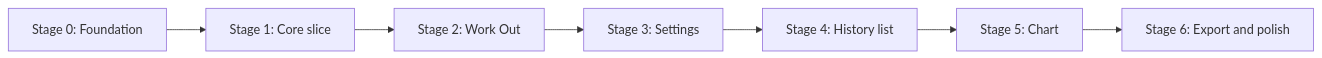
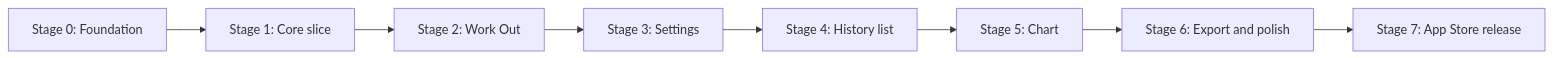
Before and after one commit to harsh-language/ultraload-expo: the fifth of 5 diagrams in docs/application-blueprint/blueprint.md, drawn with Mermaid. The commit also changed other lines of this file and 43 other files, not shown here.

````diff
--- a/docs/application-blueprint/blueprint.md
+++ b/docs/application-blueprint/blueprint.md
@@ -508,9 +510,10 @@
 ```mermaid
 flowchart LR
   S0[Stage 0: Foundation] --> S1[Stage 1: Core slice]
   S1 --> S2[Stage 2: Work Out]
   S2 --> S3[Stage 3: Settings]
   S3 --> S4[Stage 4: History list]
   S4 --> S5[Stage 5: Chart]
   S5 --> S6[Stage 6: Export and polish]
+  S6 --> S7[Stage 7: App Store release]
 ```
````
